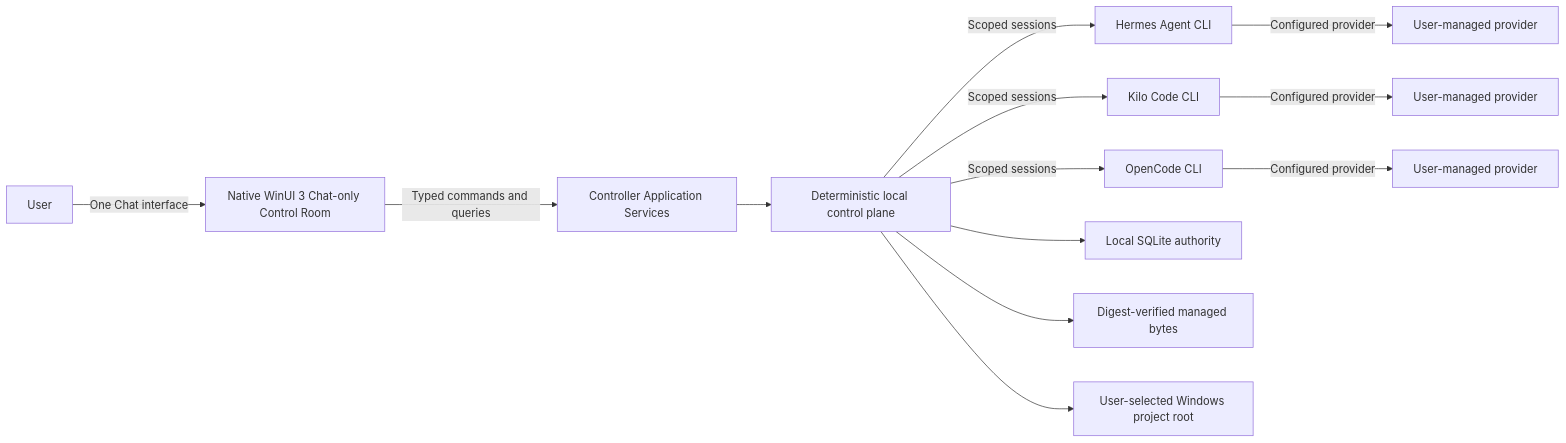
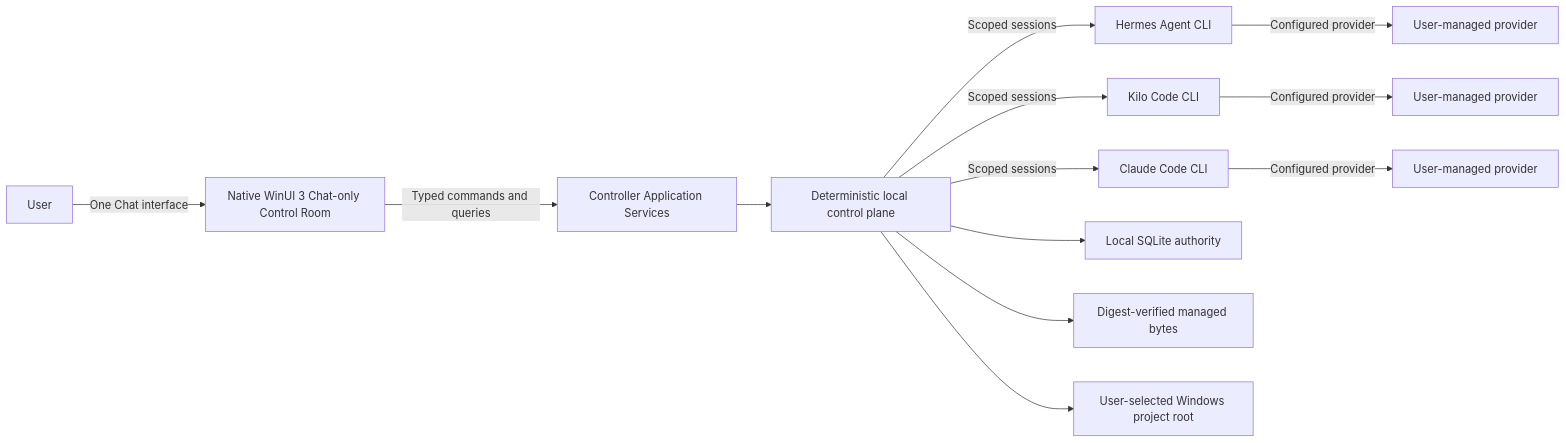
One commit to pavan53732/Mayasaba changed the first of 4 diagrams in ARCHITECTURE.md. Above: the diagram before and after it, drawn with Mermaid. The commit also changed other lines of this file and 25 other files, not shown here.

````diff
--- a/ARCHITECTURE.md
+++ b/ARCHITECTURE.md
@@ -27,15 +27,15 @@
 ```mermaid
 flowchart LR
     User["User"] -->|"One Chat interface"| UI["Native WinUI 3 Chat-only Control Room"]
     UI -->|"Typed commands and queries"| Services["Controller Application Services"]
     Services --> Core["Deterministic local control plane"]
     Core -->|"Scoped sessions"| H["Hermes Agent CLI"]
     Core -->|"Scoped sessions"| K["Kilo Code CLI"]
-    Core -->|"Scoped sessions"| O["OpenCode CLI"]
+    Core -->|"Scoped sessions"| C["Claude Code CLI"]
     H -->|"Configured provider"| HP["User-managed provider"]
     K -->|"Configured provider"| KP["User-managed provider"]
-    O -->|"Configured provider"| OP["User-managed provider"]
+    C -->|"Configured provider"| CP["User-managed provider"]
     Core --> SQLite["Local SQLite authority"]
     Core --> Managed["Digest-verified managed bytes"]
     Core --> Root["User-selected Windows project root"]
 ```
````
